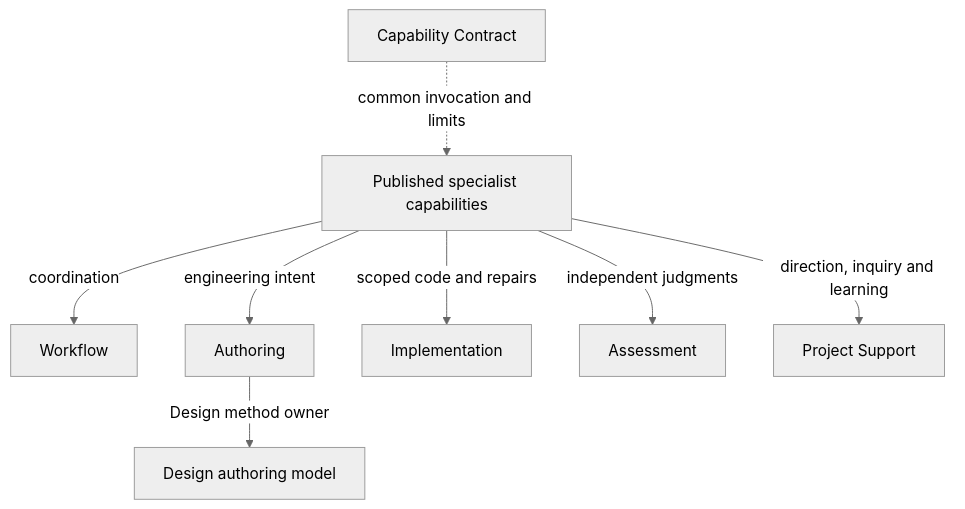
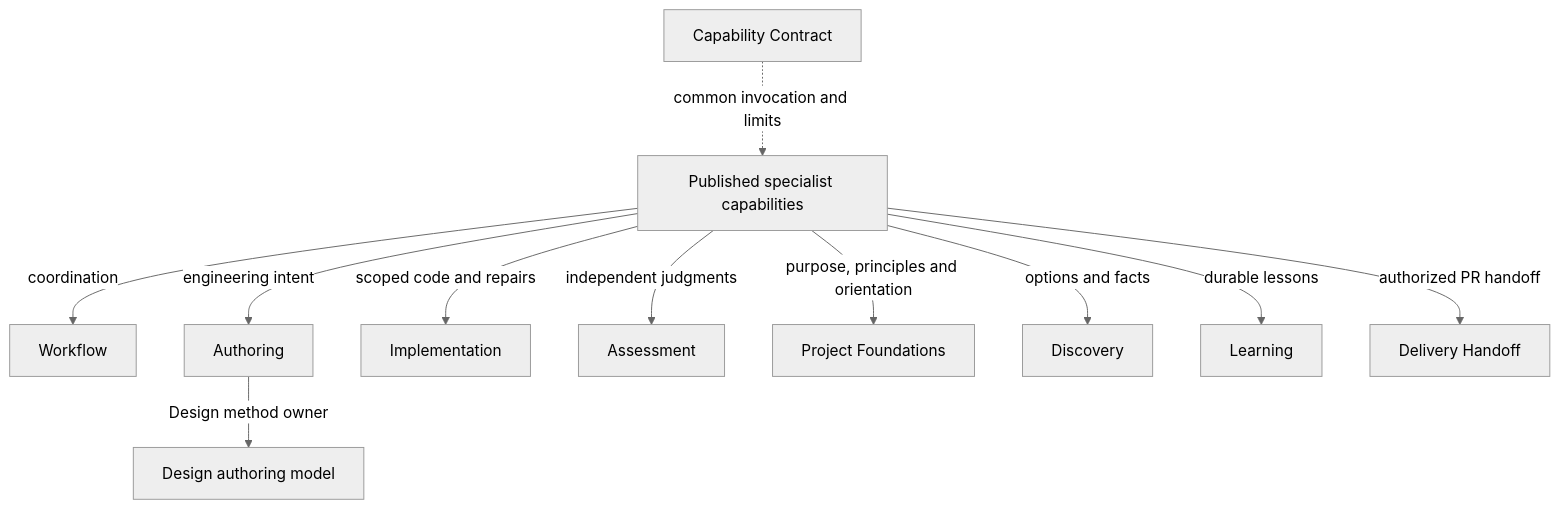
Before and after one commit to xiongxianfei/rigorloop: the third of 5 diagrams in docs/design/skill/skill.md, drawn with Mermaid (neutral theme). The commit also changed other lines of this file and 163 other files, not shown here.

````diff
--- a/docs/design/skill/skill.md
+++ b/docs/design/skill/skill.md
@@ -112,10 +147,13 @@
 ```mermaid
 flowchart TB
     Contract["Capability Contract"] -.->|"common invocation and limits"| Capabilities["Published specialist capabilities"]
     Capabilities -->|"coordination"| Workflow["Workflow"]
     Capabilities -->|"engineering intent"| Authoring["Authoring"]
     Capabilities -->|"scoped code and repairs"| Implementation["Implementation"]
     Capabilities -->|"independent judgments"| Assessment["Assessment"]
-    Capabilities -->|"direction, inquiry and learning"| Support["Project Support"]
+    Capabilities -->|"purpose, principles and orientation"| Foundations["Project Foundations"]
+    Capabilities -->|"options and facts"| Discovery["Discovery"]
+    Capabilities -->|"durable lessons"| Learning["Learning"]
+    Capabilities -->|"authorized PR handoff"| Handoff["Delivery Handoff"]
     Authoring -->|"Design method owner"| Design["Design authoring model"]
 ```
````
